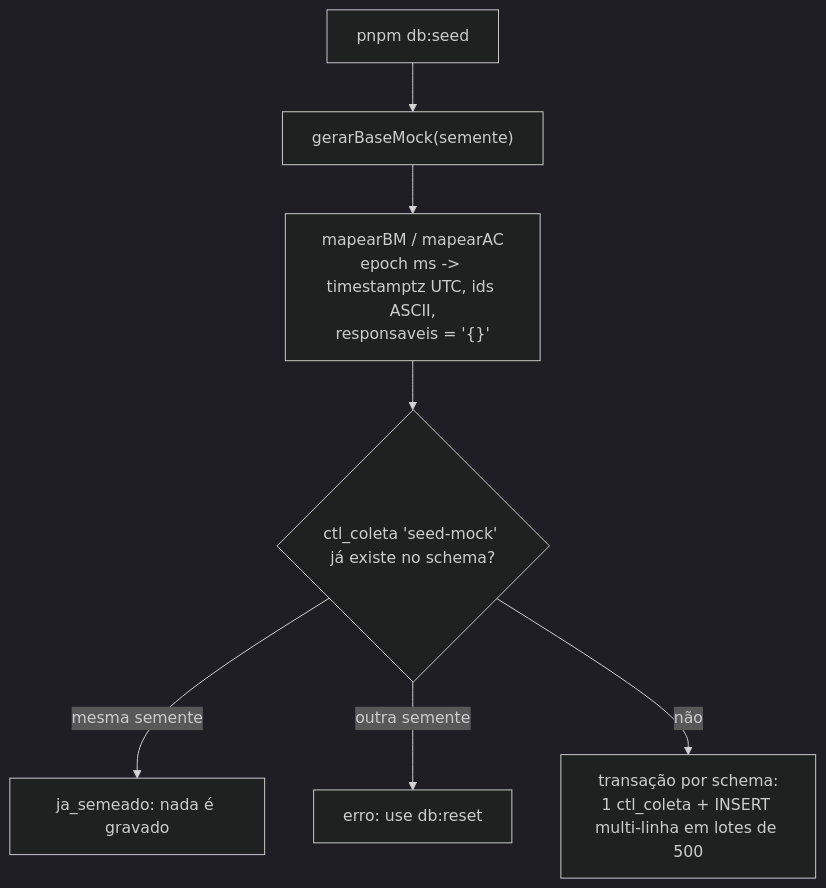
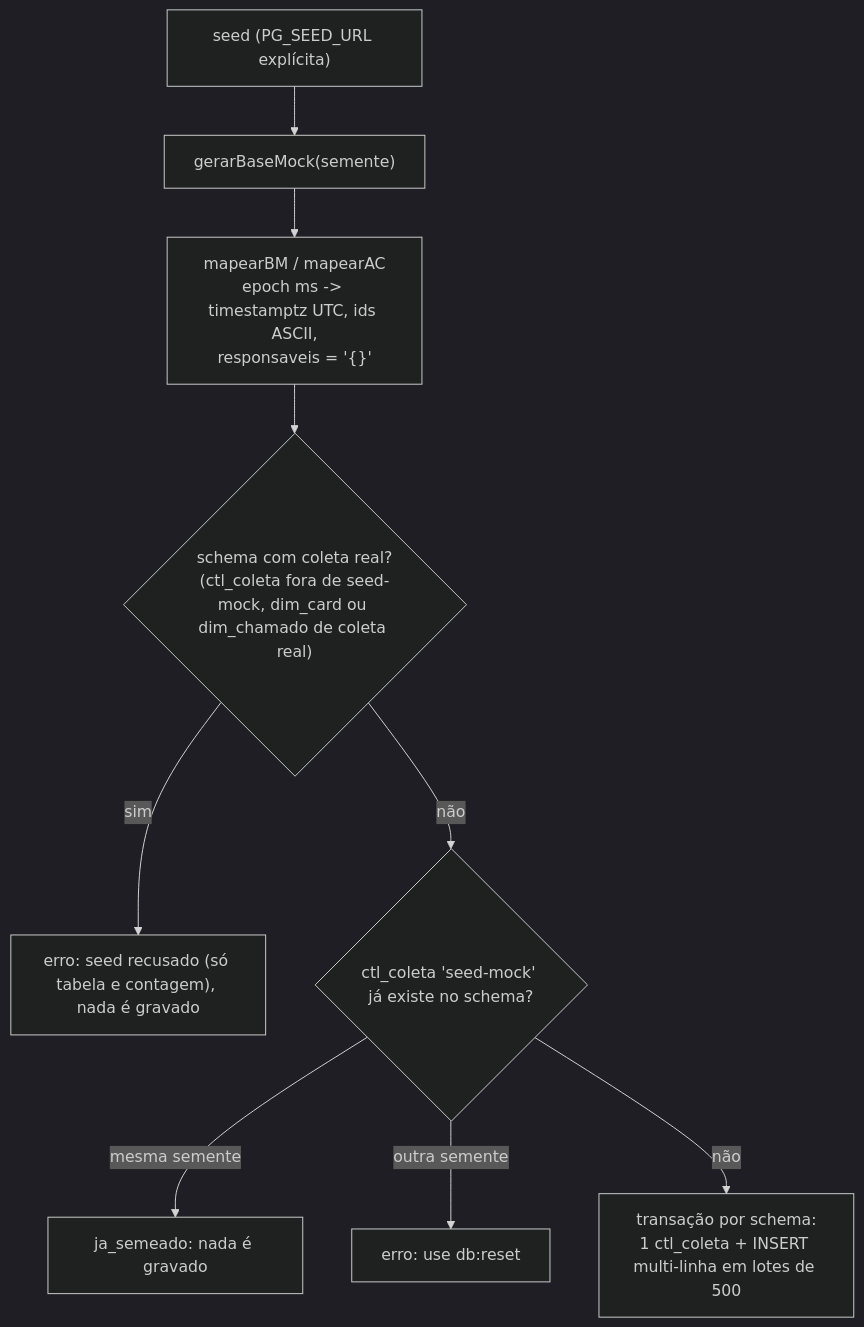
The third of 4 diagrams in docs/architecture/server.md (rodrigo-isensee/MetricasDSPD), drawn with Mermaid (dark theme) before and after one commit. The commit also changed other lines of this file and 9 other files, not shown here.

First line of the commit message:
chore(db): tira o db:seed da raiz e passa PG_SEED_URL a homolog, CI e com-api-mock

````diff
--- a/docs/architecture/server.md
+++ b/docs/architecture/server.md
@@ -74,9 +74,11 @@
 ```mermaid
 flowchart TD
-  S["pnpm db:seed"] --> G["gerarBaseMock(semente)"]
+  S["seed (PG_SEED_URL explícita)"] --> G["gerarBaseMock(semente)"]
   G --> M["mapearBM / mapearAC<br/>epoch ms -> timestamptz UTC, ids ASCII,<br/>responsaveis = '{}'"]
-  M --> X{"ctl_coleta 'seed-mock' já existe no schema?"}
+  M --> Q{"schema com coleta real?<br/>(ctl_coleta fora de seed-mock, dim_card ou dim_chamado de coleta real)"}
+  Q -- sim --> F["erro: seed recusado (só tabela e contagem), nada é gravado"]
+  Q -- não --> X{"ctl_coleta 'seed-mock' já existe no schema?"}
   X -- "mesma semente" --> N["ja_semeado: nada é gravado"]
   X -- "outra semente" --> R["erro: use db:reset"]
   X -- não --> T["transação por schema:<br/>1 ctl_coleta + INSERT multi-linha em lotes de 500"]
 ```
````
